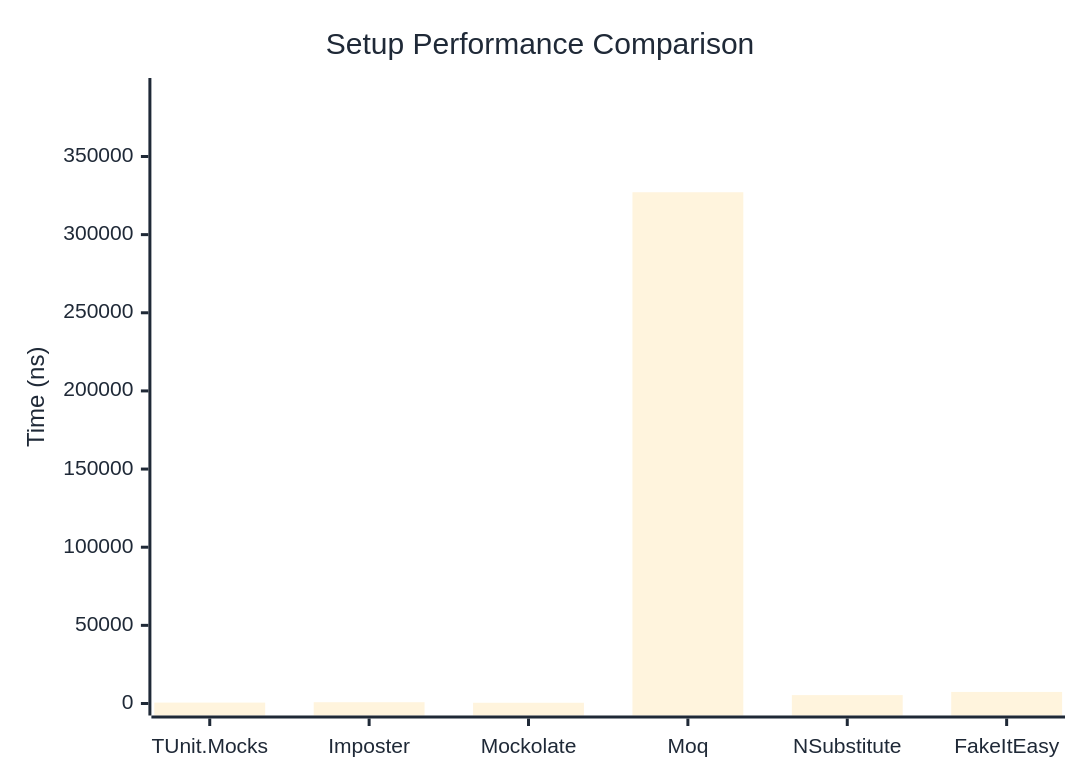
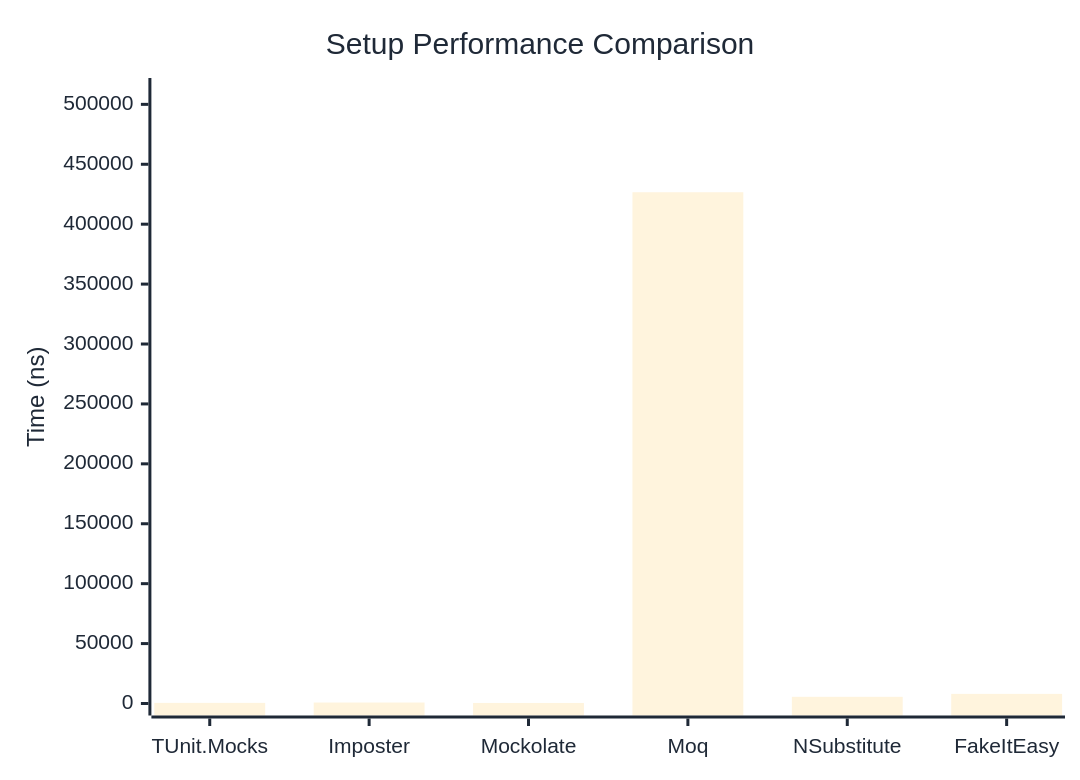
Before and after one commit to thomhurst/TUnit: the first of 2 diagrams in docs/docs/benchmarks/mocks/Setup.md, drawn with Mermaid. The commit also changed other lines of this file and 14 other files, not shown here.

````diff
--- a/docs/docs/benchmarks/mocks/Setup.md
+++ b/docs/docs/benchmarks/mocks/Setup.md
@@ -28,27 +28,27 @@
 ```mermaid
 %%{init: {
   'theme':'base',
   'themeVariables': {
     'primaryColor': '#2563eb',
     'primaryTextColor': '#1f2937',
     'primaryBorderColor': '#1e40af',
     'lineColor': '#6b7280',
     'secondaryColor': '#7c3aed',
     'tertiaryColor': '#dc2626',
     'background': '#ffffff',
     'pie1': '#2563eb',
     'pie2': '#7c3aed',
     'pie3': '#dc2626',
     'pie4': '#f59e0b',
     'pie5': '#10b981',
     'pie6': '#06b6d4',
     'pie7': '#ec4899',
     'pie8': '#6366f1'
   }
 }}%%
 xychart-beta
   title "Setup Performance Comparison"
   x-axis ["TUnit.Mocks", "Imposter", "Mockolate", "Moq", "NSubstitute", "FakeItEasy"]
-  y-axis "Time (ns)" 0 --> 392538
-  bar [576.1, 817.8, 476.6, 327114.9, 5370, 7408.8]
+  y-axis "Time (ns)" 0 --> 511982
+  bar [517.7, 815.2, 455.6, 426650.9, 5568.6, 8033.8]
 ```
````
